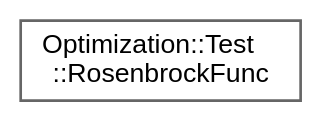
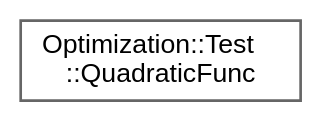
Before and after one commit to jswoo0615/Algorithms_for_Optimization_cpp: the diagram in inherit_graph_14.dot, drawn with Graphviz. The commit also changed 36 other files, not shown here.

```diff
--- a/inherit_graph_14.dot
+++ b/inherit_graph_14.dot
@@ -1,9 +1,9 @@
 digraph "Graphical Class Hierarchy"
 {
  // LATEX_PDF_SIZE
   bgcolor="transparent";
   edge [fontname=Helvetica,fontsize=10,labelfontname=Helvetica,labelfontsize=10];
   node [fontname=Helvetica,fontsize=10,shape=box,height=0.2,width=0.4];
   rankdir="LR";
-  Node0 [id="Node000000",label="Optimization::Test\l::RosenbrockFunc",height=0.2,width=0.4,color="grey40", fillcolor="white", style="filled",URL="$structOptimization_1_1Test_1_1RosenbrockFunc.html",tooltip=" "];
+  Node0 [id="Node000000",label="Optimization::Test\l::QuadraticFunc",height=0.2,width=0.4,color="grey40", fillcolor="white", style="filled",URL="$structOptimization_1_1Test_1_1QuadraticFunc.html",tooltip=" "];
 }
```
